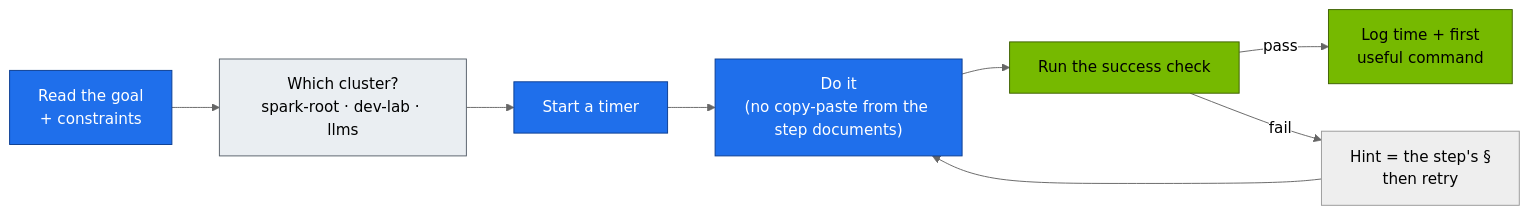
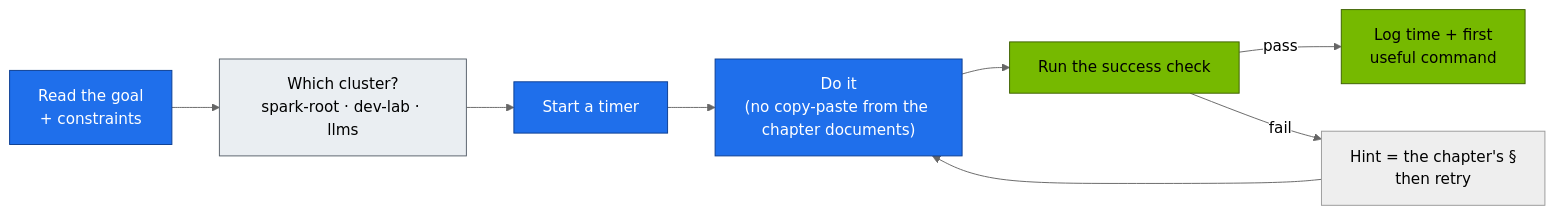
Before and after one commit to cloudone365/technical-depth: the diagram in 02-Kubernetes/27-hands-on-practice-exercises-workbook.md, drawn with Mermaid (neutral theme). The commit also changed other lines of this file and 242 other files, not shown here.

````diff
--- a/02-Kubernetes/27-hands-on-practice-exercises-workbook.md
+++ b/02-Kubernetes/27-hands-on-practice-exercises-workbook.md
@@ -18,12 +18,12 @@
 ```mermaid
 flowchart LR
-  R["Read the goal<br/>+ constraints"] --> W["Which cluster?<br/>spark-root · dev-lab · llms"] --> T["Start a timer"] --> D["Do it<br/>(no copy-paste from the step documents)"] --> C["Run the success check"]
+  R["Read the goal<br/>+ constraints"] --> W["Which cluster?<br/>spark-root · dev-lab · llms"] --> T["Start a timer"] --> D["Do it<br/>(no copy-paste from the chapter documents)"] --> C["Run the success check"]
   C -->|pass| L["Log time + first<br/>useful command"]
-  C -->|fail| H["Hint = the step's §<br/>then retry"] --> D
+  C -->|fail| H["Hint = the chapter's §<br/>then retry"] --> D
   classDef ctrl fill:#1f6feb,stroke:#0b3d91,color:#fff
   classDef gpu fill:#76b900,stroke:#3d6000,color:#000
   classDef tenant fill:#eaeef2,stroke:#57606a,color:#000
   class R,T,D ctrl
   class W tenant
   class C,L gpu
 ```
````
